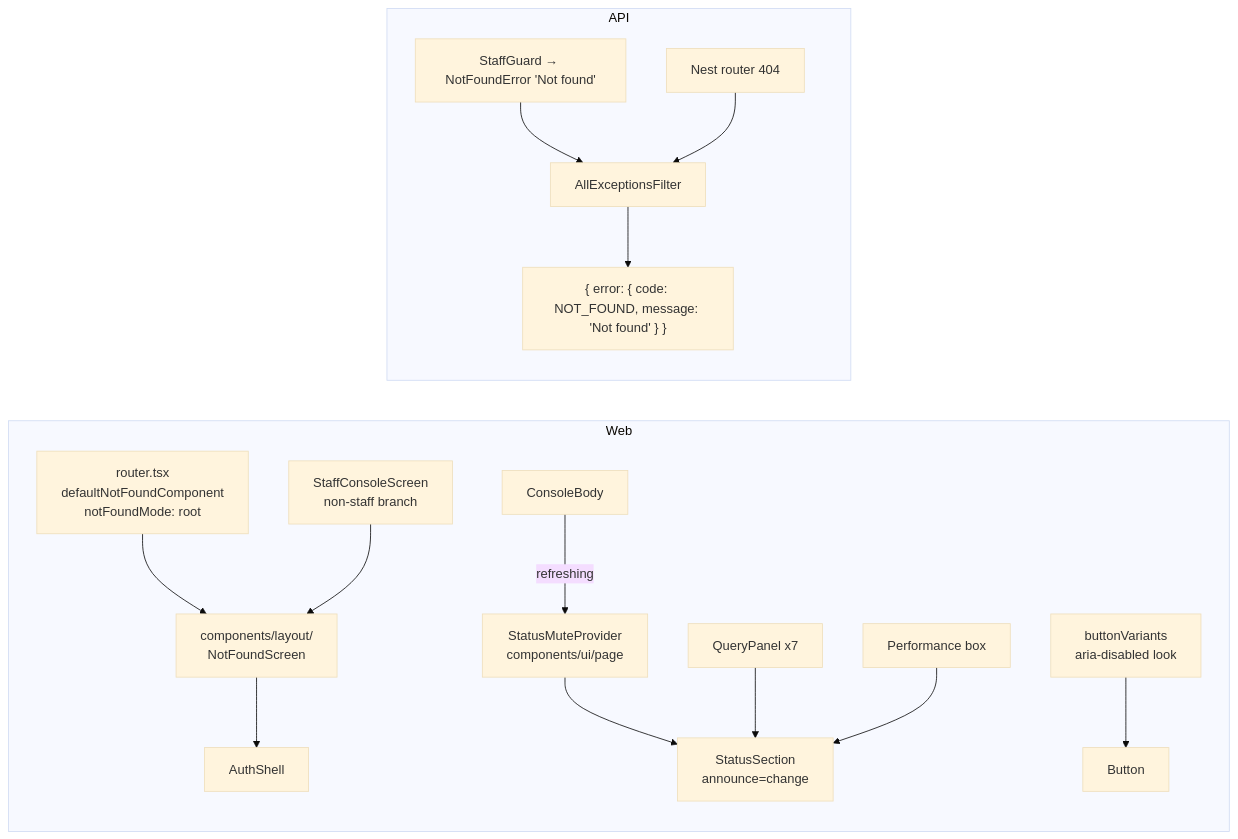
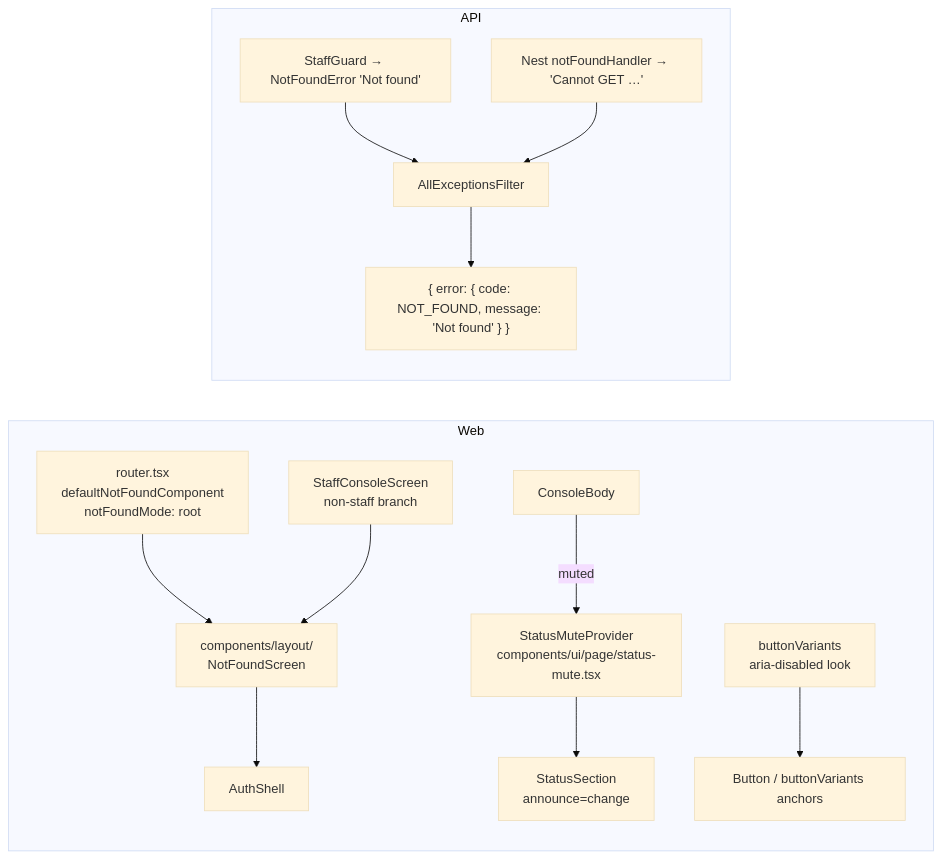
The first of 3 diagrams in docs/specs/estate-polish-oct/feature-spec.md (HuttonHomeHub/SchedulePoint_1), drawn with Mermaid (base theme) before and after one commit. The commit also changed other lines of this file and 1 other file, not shown here.

````diff
--- a/docs/specs/estate-polish-oct/feature-spec.md
+++ b/docs/specs/estate-polish-oct/feature-spec.md
@@ -183,18 +183,16 @@
 ```mermaid
 flowchart LR
   subgraph Web
     R[router.tsx<br/>defaultNotFoundComponent<br/>notFoundMode: root] --> NF[components/layout/<br/>NotFoundScreen]
     S[StaffConsoleScreen<br/>non-staff branch] --> NF
     NF --> AS[AuthShell]
-    CB[ConsoleBody] -- refreshing --> MC[StatusMuteProvider<br/>components/ui/page]
+    CB[ConsoleBody] -- muted --> MC[StatusMuteProvider<br/>components/ui/page/status-mute.tsx]
     MC --> SS[StatusSection<br/>announce=change]
-    QP[QueryPanel x7] --> SS
-    PP[Performance box] --> SS
-    BV[buttonVariants<br/>aria-disabled look] --> B[Button]
+    BV[buttonVariants<br/>aria-disabled look] --> B[Button / buttonVariants anchors]
   end
   subgraph API
     G[StaffGuard → NotFoundError 'Not found'] --> F[AllExceptionsFilter]
-    N[Nest router 404] --> F
+    N["Nest notFoundHandler → 'Cannot GET …'"] --> F
     F --> E["{ error: { code: NOT_FOUND, message: 'Not found' } }"]
   end
 ```
````
